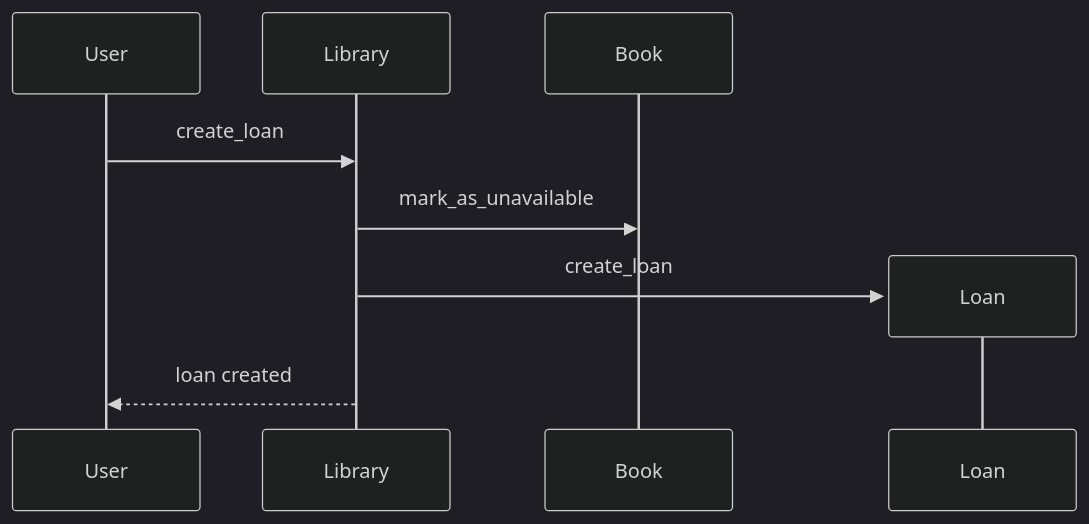
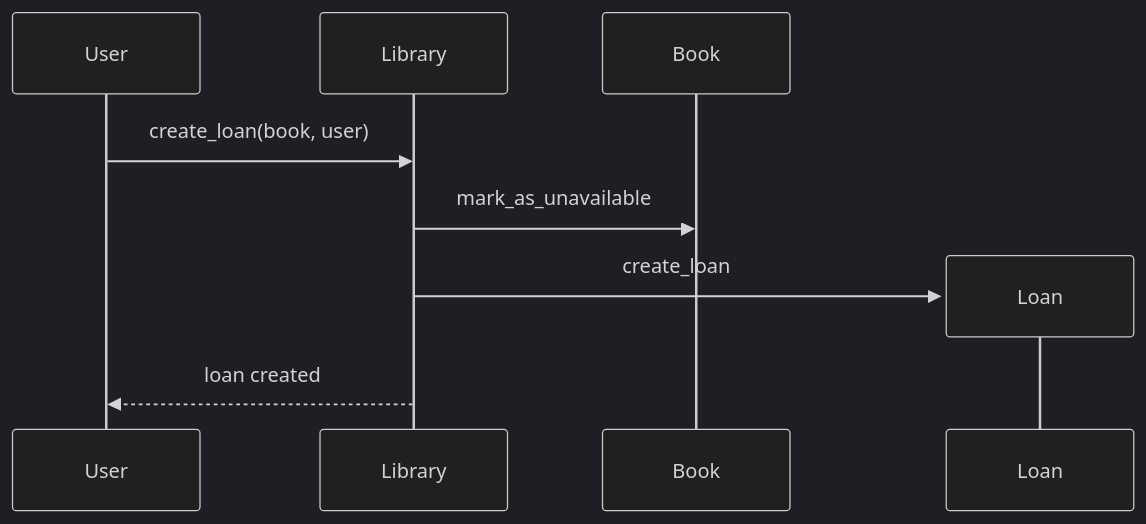
The diagram in uml_intro/1-sequence_diagram.mmd (RodrigoMato00/holbertonschool-sw_design_architecture), drawn with Mermaid (dark theme) before and after one commit.

Commit message:
Sequence diagram: use create_loan(book, user) for checker step 5

```diff
--- a/uml_intro/1-sequence_diagram.mmd
+++ b/uml_intro/1-sequence_diagram.mmd
@@ -1,9 +1,9 @@
 sequenceDiagram
     participant User
     participant Library
     participant Book
-    User->>Library: create_loan
+    User->>Library: create_loan(book, user)
     Library->>Book: mark_as_unavailable
     create participant Loan
     Library->>Loan: create_loan
     Library-->>User: loan created
```
